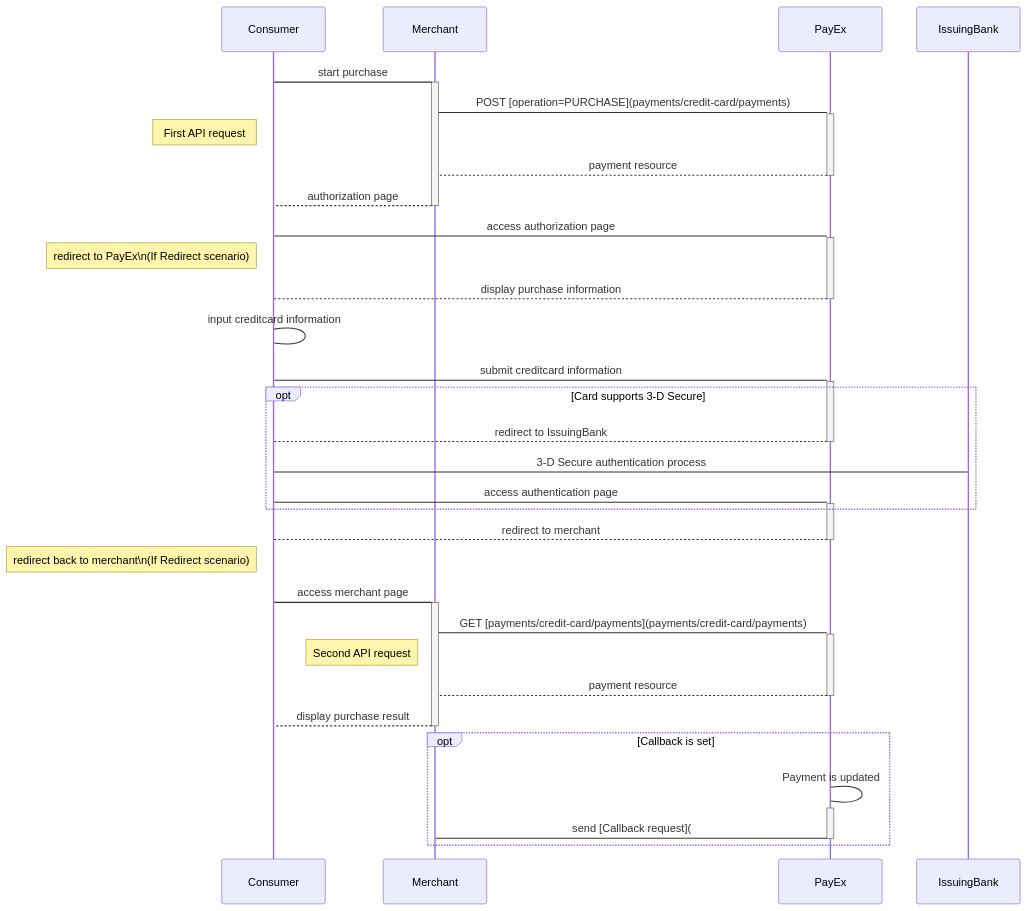
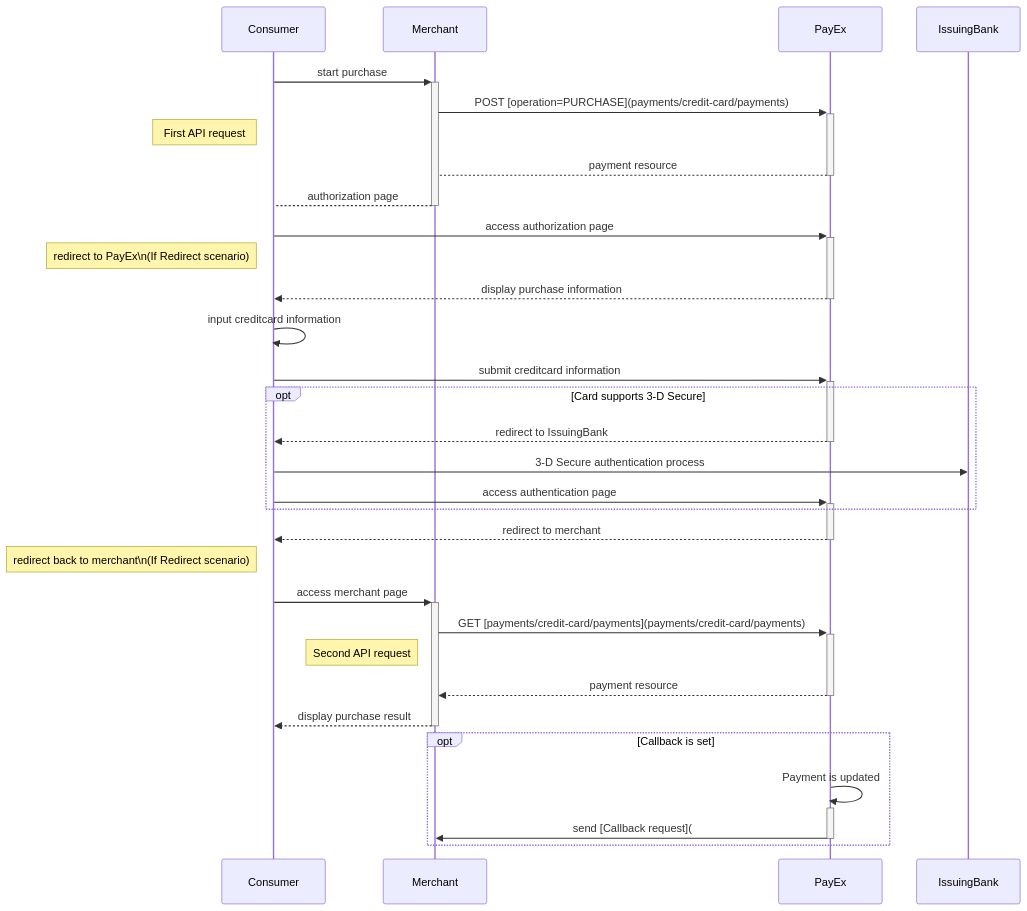
The second of 2 diagrams in payments/credit-card/index.md (SwedbankPay/developer.swedbankpay.com), drawn with Mermaid before and after one commit. The commit also changed other lines of this file and 3 other files, not shown here.

````diff
--- a/payments/credit-card/index.md
+++ b/payments/credit-card/index.md
@@ -81,44 +89,44 @@
 ```mermaid
 sequenceDiagram
-  Consumer->+Merchant: start purchase
-  Merchant->+PayEx: POST [operation=PURCHASE](payments/credit-card/payments)
+  Consumer->>+Merchant: start purchase
+  Merchant->>+PayEx: POST [operation=PURCHASE](payments/credit-card/payments)
   note left of Consumer: First API request
   PayEx-->Merchant: payment resource
   deactivate PayEx
   Merchant-->Consumer: authorization page
   deactivate Merchant
 
-  Consumer->+PayEx: access authorization page
+  Consumer->>+PayEx: access authorization page
   note left of Consumer: redirect to PayEx\n(If Redirect scenario)
-  PayEx-->Consumer: display purchase information
+  PayEx-->>Consumer: display purchase information
   deactivate PayEx
 
-  Consumer->Consumer: input creditcard information
-  Consumer->+PayEx: submit creditcard information
+  Consumer->>Consumer: input creditcard information
+  Consumer->>+PayEx: submit creditcard information
   
   opt Card supports 3-D Secure
-    PayEx-->Consumer: redirect to IssuingBank
+    PayEx-->>Consumer: redirect to IssuingBank
     deactivate PayEx
-    Consumer->IssuingBank: 3-D Secure authentication process
-    Consumer->+PayEx: access authentication page
+    Consumer->>IssuingBank: 3-D Secure authentication process
+    Consumer->>+PayEx: access authentication page
   end
   
-  PayEx-->Consumer: redirect to merchant 
+  PayEx-->>Consumer: redirect to merchant 
   deactivate PayEx
   note left of Consumer: redirect back to merchant\n(If Redirect scenario)
   
-  Consumer->+Merchant: access merchant page
-  Merchant->+PayEx: GET [payments/credit-card/payments](payments/credit-card/payments)
+  Consumer->>+Merchant: access merchant page
+  Merchant->>+PayEx: GET [payments/credit-card/payments](payments/credit-card/payments)
   note left of Merchant: Second API request
-  PayEx-->Merchant: payment resource
+  PayEx-->>Merchant: payment resource
   deactivate PayEx
-  Merchant-->Consumer: display purchase result
+  Merchant-->>Consumer: display purchase result
   deactivate Merchant
 
   opt Callback is set
-    PayEx->PayEx: Payment is updated
+    PayEx->>PayEx: Payment is updated
     activate PayEx
-    PayEx->Merchant: send [Callback request](#)
+    PayEx->>Merchant: send [Callback request](#)
     deactivate PayEx
   end
 ```
````
